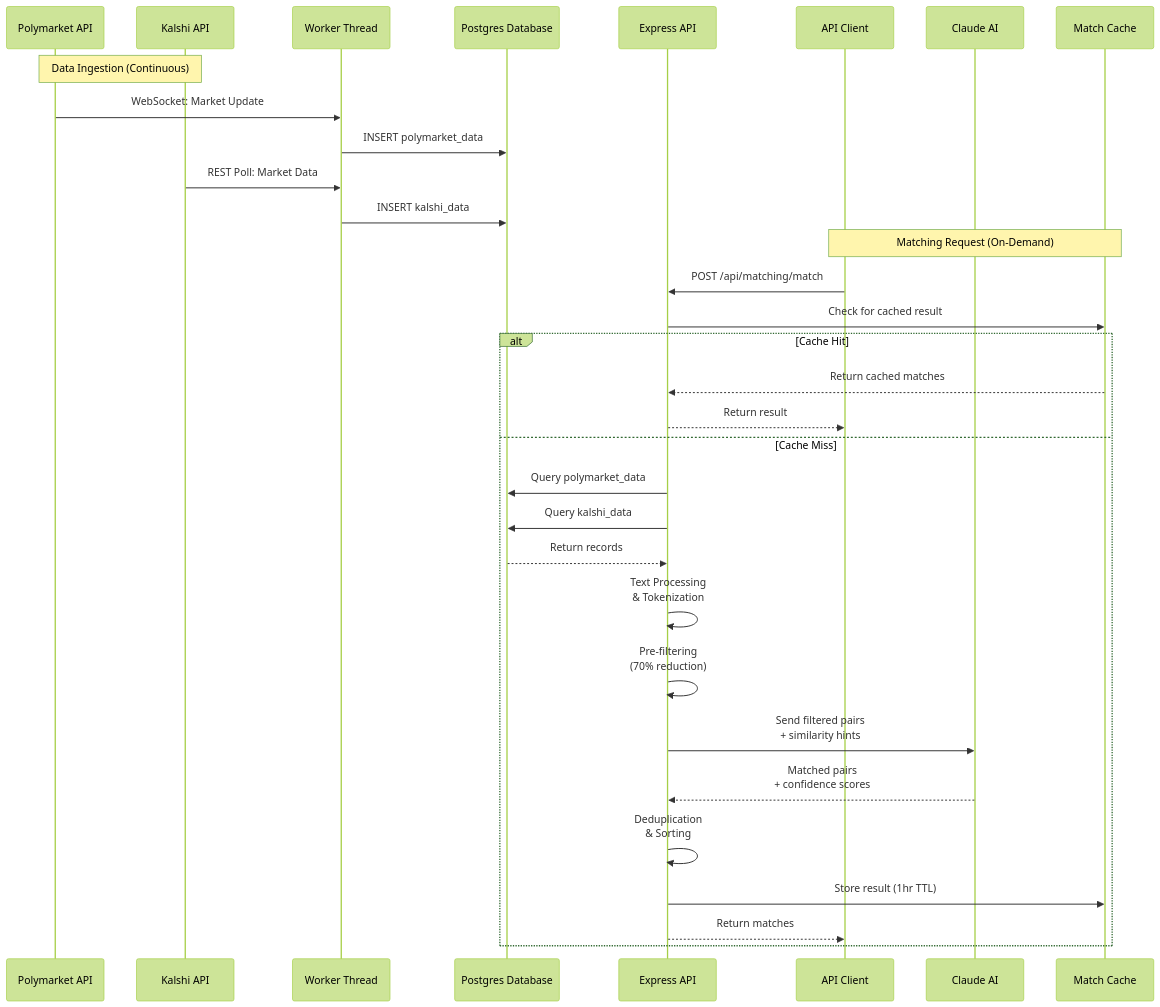
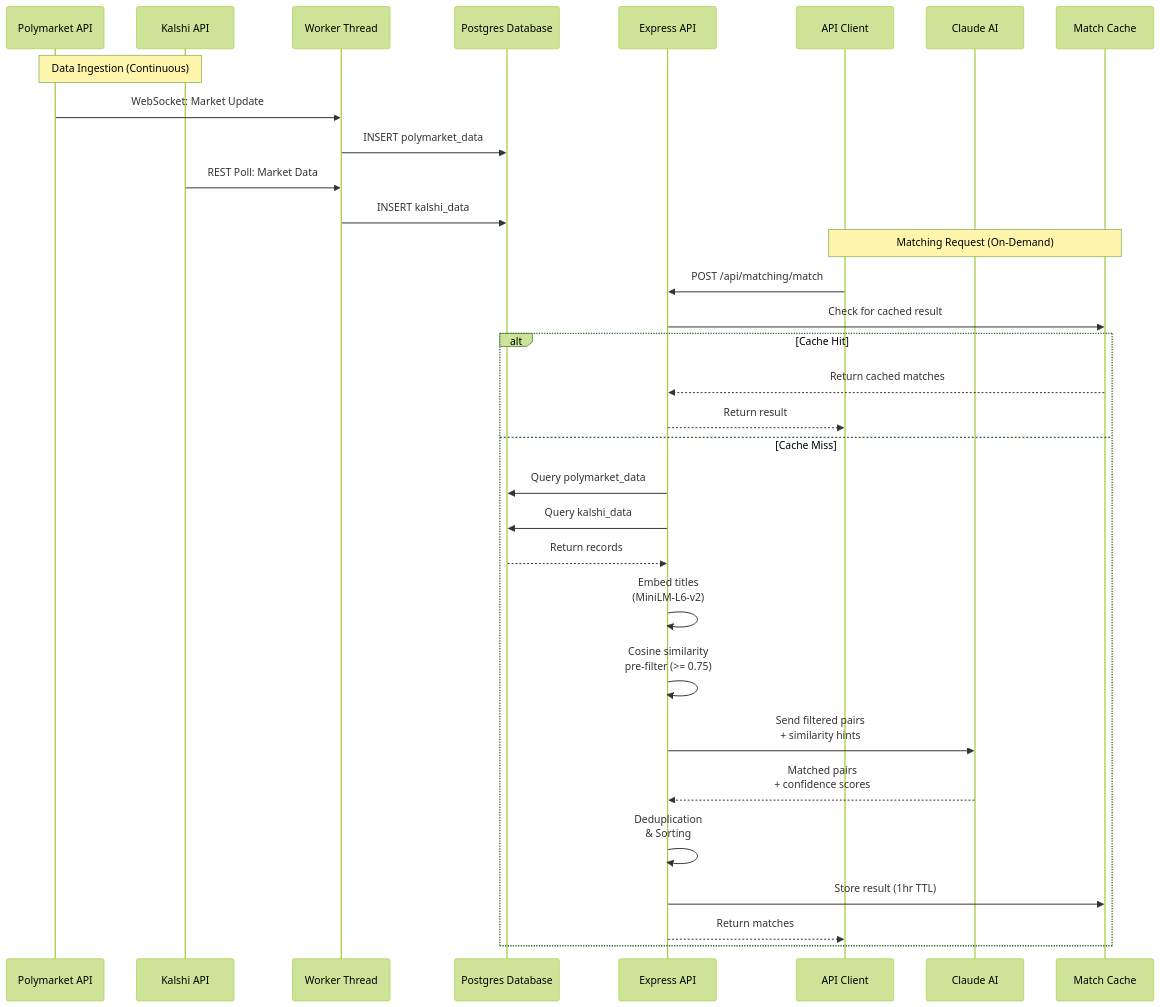
Before and after one commit to ivaaak/PredictionMarket-Arbitrage: the second of 8 diagrams in docs/architecture.md, drawn with Mermaid (forest theme). The commit also changed other lines of this file and 40 other files, not shown here.

````diff
--- a/docs/architecture.md
+++ b/docs/architecture.md
@@ -86,43 +94,43 @@
 ```mermaid
 sequenceDiagram
     participant PM as Polymarket API
     participant KL as Kalshi API
     participant Worker as Worker Thread
     participant DB as Postgres Database
     participant API as Express API
     participant Client as API Client
     participant AI as Claude AI
     participant Cache as Match Cache
 
     Note over PM,KL: Data Ingestion (Continuous)
     
     PM->>Worker: WebSocket: Market Update
     Worker->>DB: INSERT polymarket_data
     
     KL->>Worker: REST Poll: Market Data
     Worker->>DB: INSERT kalshi_data
     
     Note over Client,Cache: Matching Request (On-Demand)
     
     Client->>API: POST /api/matching/match
     API->>Cache: Check for cached result
     
     alt Cache Hit
         Cache-->>API: Return cached matches
         API-->>Client: Return result
     else Cache Miss
         API->>DB: Query polymarket_data
         API->>DB: Query kalshi_data
         DB-->>API: Return records
         
-        API->>API: Text Processing<br/>& Tokenization
-        API->>API: Pre-filtering<br/>(70% reduction)
+        API->>API: Embed titles<br/>(MiniLM-L6-v2)
+        API->>API: Cosine similarity<br/>pre-filter (>= 0.75)
         
         API->>AI: Send filtered pairs<br/>+ similarity hints
         AI-->>API: Matched pairs<br/>+ confidence scores
         
         API->>API: Deduplication<br/>& Sorting
         API->>Cache: Store result (1hr TTL)
         API-->>Client: Return matches
     end
 ```
````
